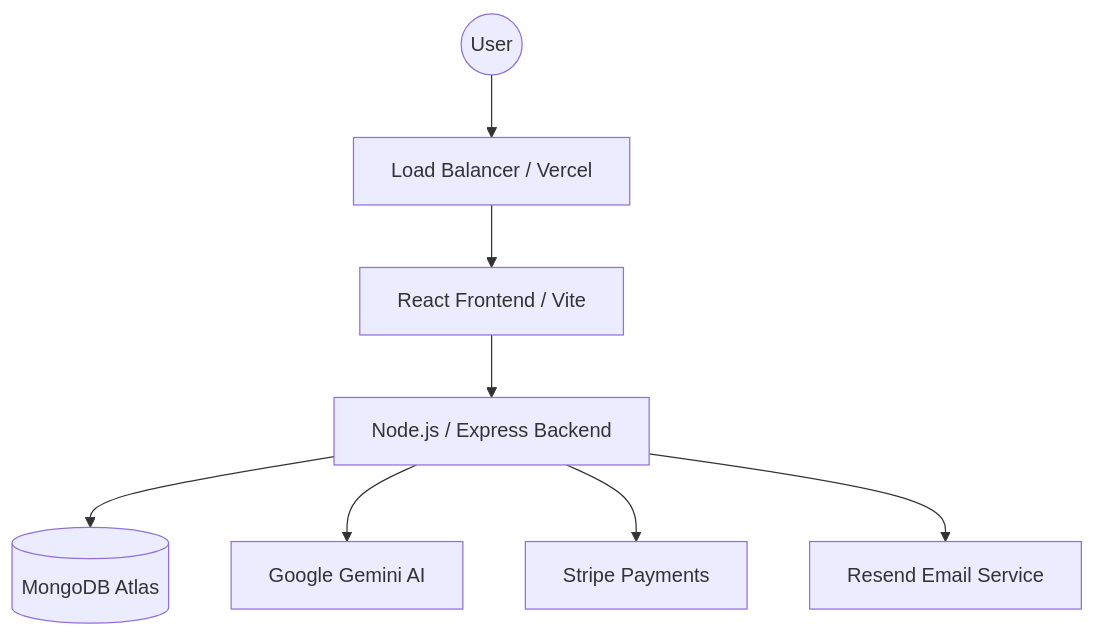
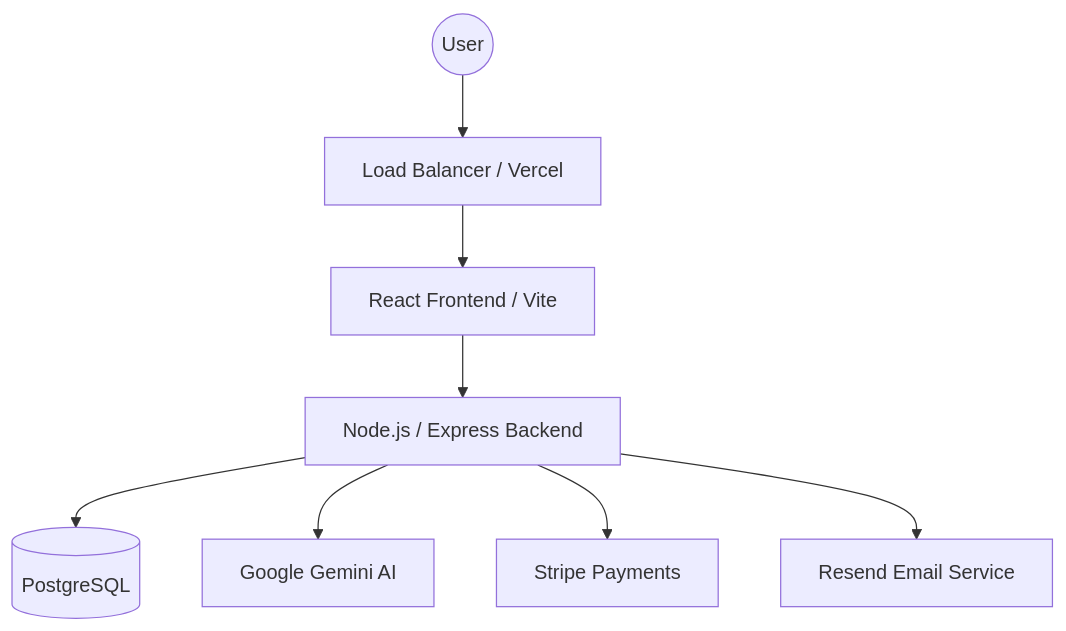
Before and after one commit to Sucrepapii/Hikarii-App: the first of 3 diagrams in docs/HIKARI_ENTERPRISE_PRD.md, drawn with Mermaid. The commit also changed 4 other files, not shown here.

````diff
--- a/docs/HIKARI_ENTERPRISE_PRD.md
+++ b/docs/HIKARI_ENTERPRISE_PRD.md
@@ -91,19 +91,19 @@
 ```mermaid
 graph TD
     User((User))
     LB[Load Balancer / Vercel]
     FE[React Frontend / Vite]
     BE[Node.js / Express Backend]
-    DB[(MongoDB Atlas)]
+    DB[(PostgreSQL)]
     Gemini[Google Gemini AI]
     Stripe[Stripe Payments]
     Resend[Resend Email Service]
 
     User --> LB
     LB --> FE
     FE --> BE
     BE --> DB
     BE --> Gemini
     BE --> Stripe
     BE --> Resend
 ```
````
